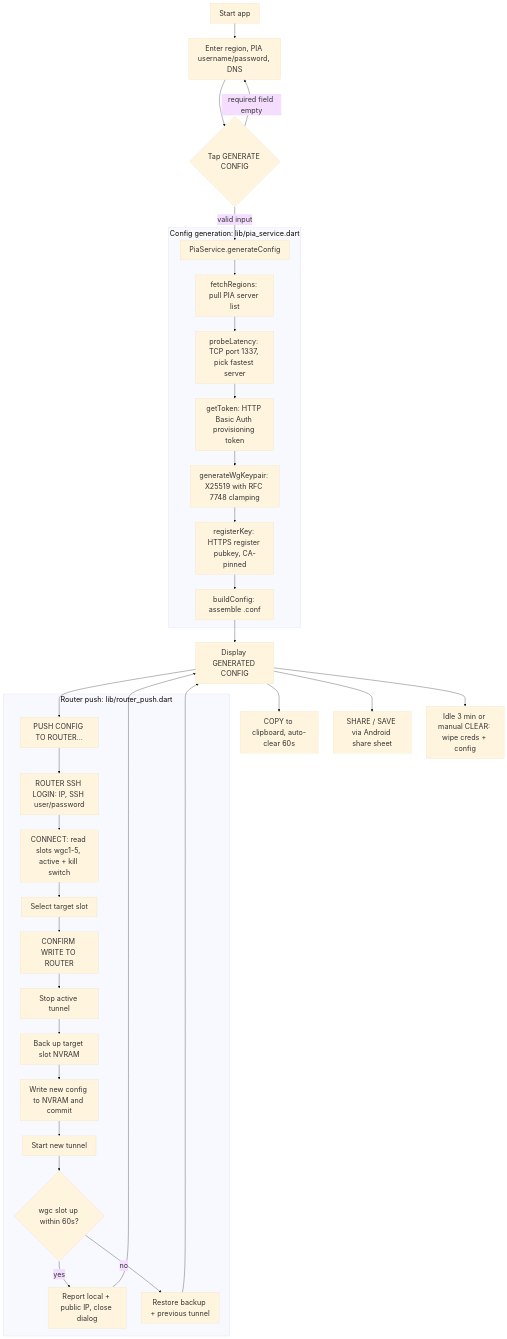
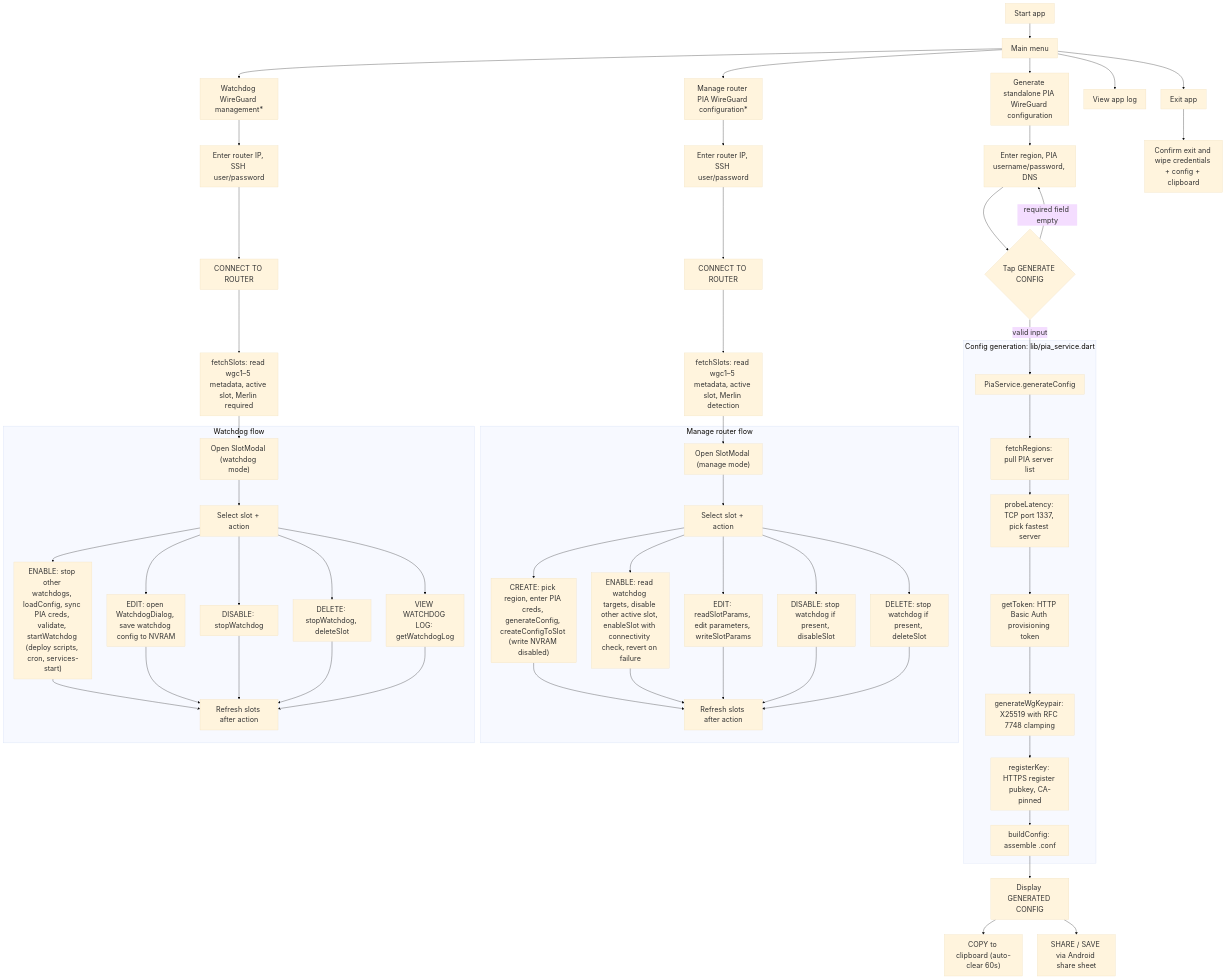
The diagram in ARCHITECTURE.md (ExponentiallyDigital/cfg-pia-wg), drawn with Mermaid before and after one commit. The commit also changed other lines of this file and 37 other files, not shown here.

````diff
--- a/ARCHITECTURE.md
+++ b/ARCHITECTURE.md
@@ -15,49 +15,77 @@
 ```mermaid
 graph TD
 %%{init: {
   'theme': 'base',
   'themeVariables': {
     'fontSize': '24px'
   },
   'flowchart': {
     'subGraphTitleMargin': { 'top': 1,
     'bottom': 15}
   }
 }}%%
-    A["Start app"] --> B["Enter region, PIA username/password, DNS"]
-    B --> C{"Tap GENERATE CONFIG"}
-    C -->|"required field empty"| B
-    C -->|"valid input"| D["PiaService.generateConfig"]
+    A["Start app"] --> B["Main menu"]
+    B --> C["Generate standalone PIA WireGuard configuration"]
+    B --> D["Manage router PIA WireGuard configuration*"]
+    B --> E["Watchdog WireGuard management*"]
+    B --> F["View app log"]
+    B --> G["Exit app"]
+
+    C --> H["Enter region, PIA username/password, DNS"]
+    H --> I{"Tap GENERATE CONFIG"}
+    I -->|"required field empty"| H
+    I -->|"valid input"| J["PiaService.generateConfig"]
 
     subgraph GEN["Config generation: lib/pia_service.dart"]
-        D --> D1["fetchRegions: pull PIA server list"]
-        D1 --> D2["probeLatency: TCP port 1337, pick fastest server"]
-        D2 --> D3["getToken: HTTP Basic Auth provisioning token"]
-        D3 --> D4["generateWgKeypair: X25519 with RFC 7748 clamping"]
-        D4 --> D5["registerKey: HTTPS register pubkey, CA-pinned"]
-        D5 --> D6["buildConfig: assemble .conf"]
+        J --> J1["fetchRegions: pull PIA server list"]
+        J1 --> J2["probeLatency: TCP port 1337, pick fastest server"]
+        J2 --> J3["getToken: HTTP Basic Auth provisioning token"]
+        J3 --> J4["generateWgKeypair: X25519 with RFC 7748 clamping"]
+        J4 --> J5["registerKey: HTTPS register pubkey, CA-pinned"]
+        J5 --> J6["buildConfig: assemble .conf"]
     end
 
-    D6 --> E["Display GENERATED CONFIG"]
-    E --> F["COPY to clipboard, auto-clear 60s"]
-    E --> G["SHARE / SAVE via Android share sheet"]
-    E --> H["PUSH CONFIG TO ROUTER..."]
-    E --> Z["Idle 3 min or manual CLEAR: wipe creds + config"]
+    J6 --> K["Display GENERATED CONFIG"]
+    K --> L["COPY to clipboard (auto-clear 60s)"]
+    K --> M["SHARE / SAVE via Android share sheet"]
 
-    subgraph RP["Router push: lib/router_push.dart"]
-        H --> P1["ROUTER SSH LOGIN: IP, SSH user/password"]
-        P1 --> P2["CONNECT: read slots wgc1-5, active + kill switch"]
-        P2 --> P3["Select target slot"]
-        P3 --> P4["CONFIRM WRITE TO ROUTER"]
-        P4 --> P5["Stop active tunnel"]
-        P5 --> P6["Back up target slot NVRAM"]
-        P6 --> P7["Write new config to NVRAM and commit"]
-        P7 --> P8["Start new tunnel"]
-        P8 --> P9{"wgc slot up within 60s?"}
-        P9 -->|"yes"| P10["Report local + public IP, close dialog"]
-        P9 -->|"no"| P11["Restore backup + previous tunnel"]
+    D --> D1["Enter router IP, SSH user/password"]
+    D1 --> D2["CONNECT TO ROUTER"]
+    D2 --> D3["fetchSlots: read wgc1–5 metadata, active slot, Merlin detection"]
+    D3 --> D4["Open SlotModal (manage mode)"]
+
+    subgraph MGR["Manage router flow"]
+      D4 --> D5["Select slot + action"]
+      D5 --> D5a["CREATE: pick region, enter PIA creds, generateConfig, createConfigToSlot (write NVRAM disabled)"]
+      D5 --> D5b["ENABLE: read watchdog targets, disable other active slot, enableSlot with connectivity check, revert on failure"]
+      D5 --> D5c["EDIT: readSlotParams, edit parameters, writeSlotParams"]
+      D5 --> D5d["DISABLE: stop watchdog if present, disableSlot"]
+      D5 --> D5e["DELETE: stop watchdog if present, deleteSlot"]
+      D5a --> D5f["Refresh slots after action"]
+      D5b --> D5f
+      D5c --> D5f
+      D5d --> D5f
+      D5e --> D5f
     end
 
-    P10 --> E
-    P11 --> E
+    E --> E1["Enter router IP, SSH user/password"]
+    E1 --> E2["CONNECT TO ROUTER"]
+    E2 --> E3["fetchSlots: read wgc1–5 metadata, active slot, Merlin required"]
+    E3 --> E4["Open SlotModal (watchdog mode)"]
+
+    subgraph WD["Watchdog flow"]
+      E4 --> E5["Select slot + action"]
+      E5 --> E5a["ENABLE: stop other watchdogs, loadConfig, sync PIA creds, validate, startWatchdog (deploy scripts, cron, services-start)"]
+      E5 --> E5b["EDIT: open WatchdogDialog, save watchdog config to NVRAM"]
+      E5 --> E5c["DISABLE: stopWatchdog"]
+      E5 --> E5d["DELETE: stopWatchdog, deleteSlot"]
+      E5 --> E5e["VIEW WATCHDOG LOG: getWatchdogLog"]
+      E5a --> E5f["Refresh slots after action"]
+      E5b --> E5f
+      E5c --> E5f
+      E5d --> E5f
+      E5e --> E5f
+    end
+
+    G --> R["Confirm exit and wipe credentials + config + clipboard"]
 ```
````
